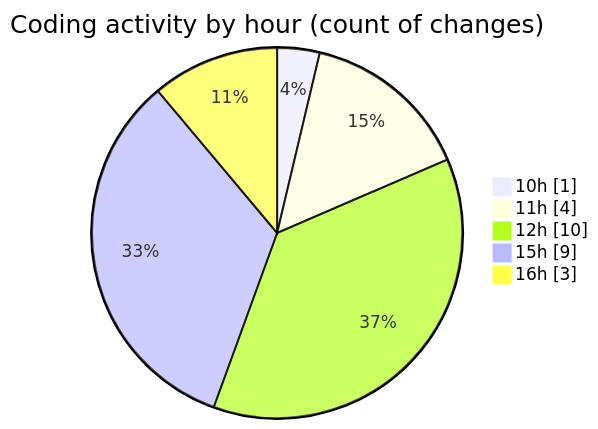
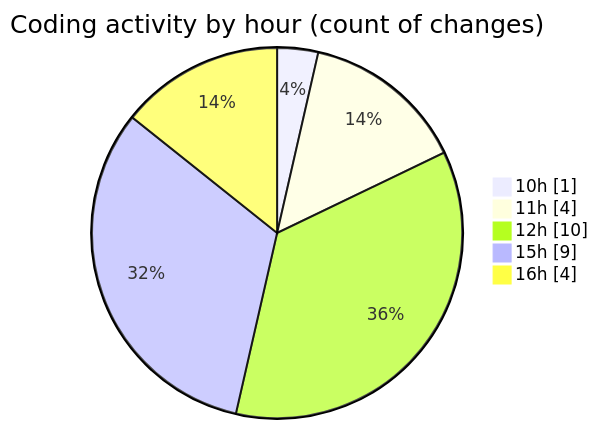
The second of 2 diagrams in 2025-10-08/untitled__workspace_/README.md (debugP/code-tracking), drawn with Mermaid before and after one commit. The commit also changed other lines of this file and 1 other file, not shown here.

````diff
--- a/2025-10-08/untitled__workspace_/README.md
+++ b/2025-10-08/untitled__workspace_/README.md
@@ -32,9 +32,9 @@
 ```mermaid
 pie showData
 title Coding activity by hour (count of changes)
 "10h" : 1
 "11h" : 4
 "12h" : 10
 "15h" : 9
-"16h" : 3
+"16h" : 4
 ```
````
